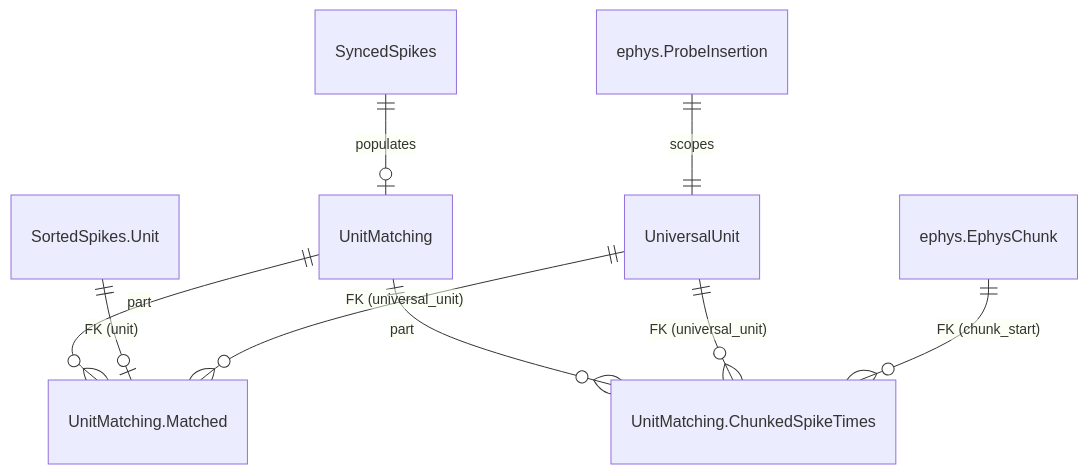
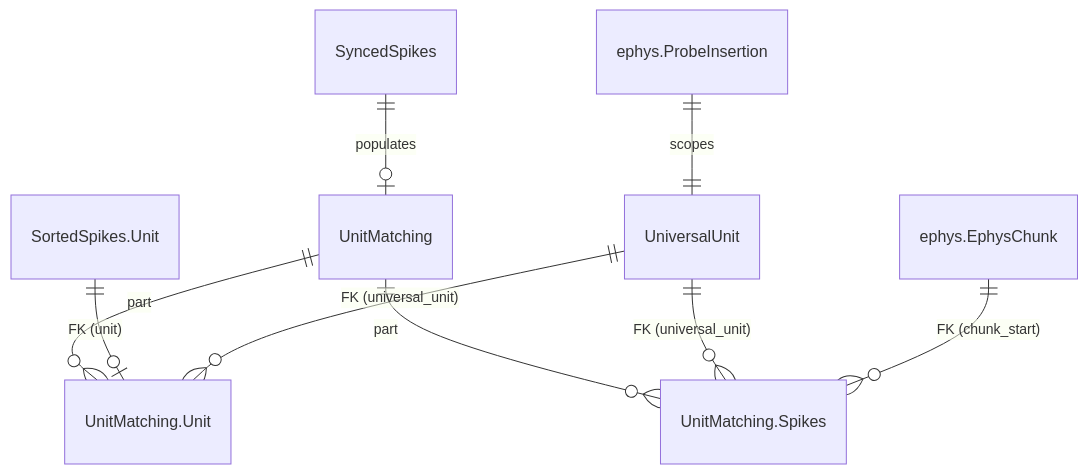
The diagram in aeon/dj_pipeline/docs/specs/SPEC_unit_matching.md (SainsburyWellcomeCentre/aeon_mecha), drawn with Mermaid before and after one commit. The commit also changed other lines of this file, not shown here.

First line of the commit message:
refactor(spec): rename Part tables and add electrode to Unit

````diff
--- a/aeon/dj_pipeline/docs/specs/SPEC_unit_matching.md
+++ b/aeon/dj_pipeline/docs/specs/SPEC_unit_matching.md
@@ -120,11 +121,11 @@
 ```mermaid
 erDiagram
     SyncedSpikes ||--o| UnitMatching : "populates"
-    UnitMatching ||--o{ "UnitMatching.Matched" : "part"
-    UnitMatching ||--o{ "UnitMatching.ChunkedSpikeTimes" : "part"
-    "SortedSpikes.Unit" ||--o| "UnitMatching.Matched" : "FK (unit)"
-    UniversalUnit ||--o{ "UnitMatching.Matched" : "FK (universal_unit)"
-    UniversalUnit ||--o{ "UnitMatching.ChunkedSpikeTimes" : "FK (universal_unit)"
-    "ephys.EphysChunk" ||--o{ "UnitMatching.ChunkedSpikeTimes" : "FK (chunk_start)"
+    UnitMatching ||--o{ "UnitMatching.Unit" : "part"
+    UnitMatching ||--o{ "UnitMatching.Spikes" : "part"
+    "SortedSpikes.Unit" ||--o| "UnitMatching.Unit" : "FK (unit)"
+    UniversalUnit ||--o{ "UnitMatching.Unit" : "FK (universal_unit)"
+    UniversalUnit ||--o{ "UnitMatching.Spikes" : "FK (universal_unit)"
+    "ephys.EphysChunk" ||--o{ "UnitMatching.Spikes" : "FK (chunk_start)"
     "ephys.ProbeInsertion" ||--|| UniversalUnit : "scopes"
 ```
````
